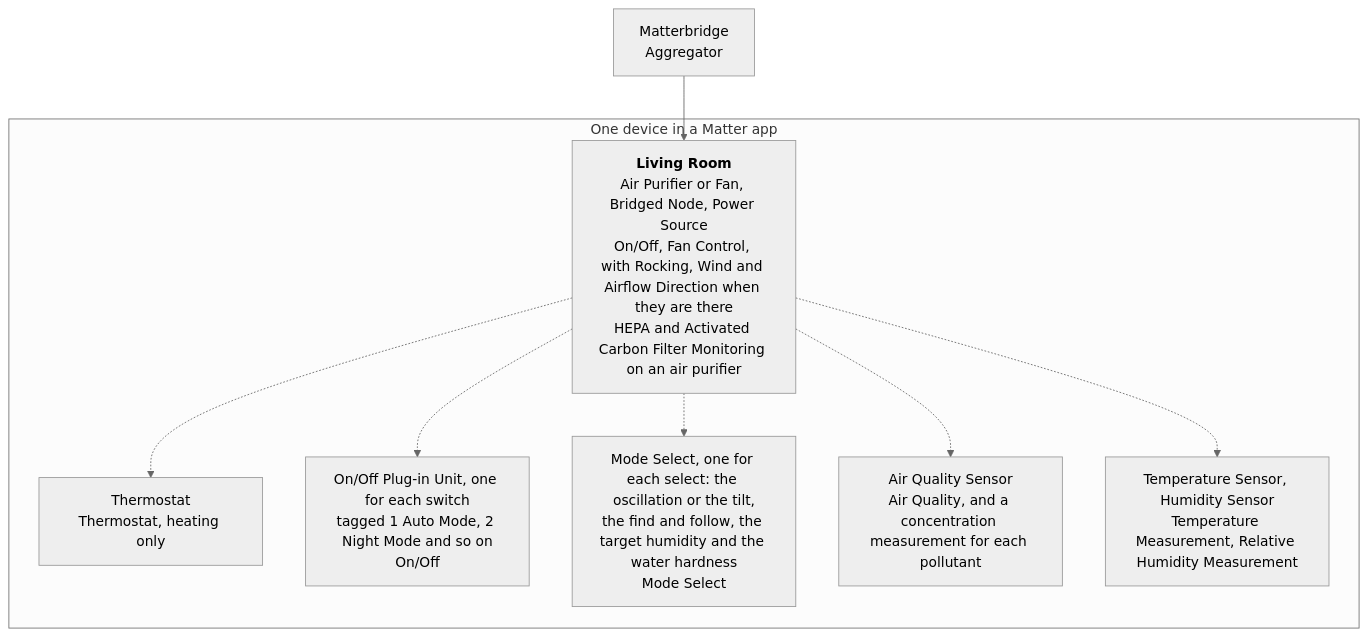
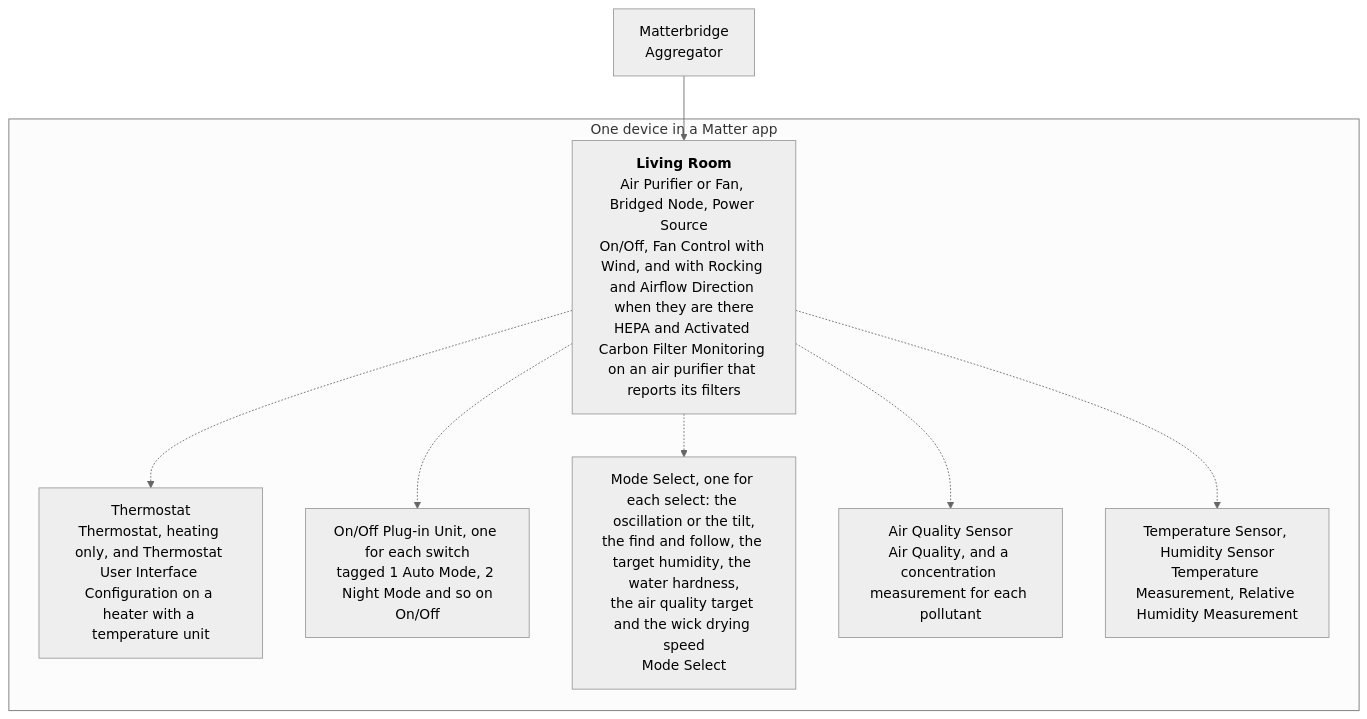
The diagram in README.md (cheziyi/matterbridge-dyson-care), drawn with Mermaid (neutral theme) before and after one commit. The commit also changed other lines of this file and 30 other files, not shown here.

````diff
--- a/README.md
+++ b/README.md
@@ -81,18 +121,18 @@
 ```mermaid
 flowchart TD
     bridge["Matterbridge<br/>Aggregator"]
     subgraph device["One device in a Matter app"]
-        main["<b>Living Room</b><br/>Air Purifier or Fan, Bridged Node, Power Source<br/>On/Off, Fan Control, with Rocking, Wind and Airflow Direction when they are there<br/>HEPA and Activated Carbon Filter Monitoring on an air purifier"]
-        thermostat["Thermostat<br/>Thermostat, heating only"]
+        main["<b>Living Room</b><br/>Air Purifier or Fan, Bridged Node, Power Source<br/>On/Off, Fan Control with Wind, and with Rocking and Airflow Direction when they are there<br/>HEPA and Activated Carbon Filter Monitoring on an air purifier that reports its filters"]
+        thermostat["Thermostat<br/>Thermostat, heating only, and Thermostat User Interface Configuration on a heater with a temperature unit"]
         switches["On/Off Plug-in Unit, one for each switch<br/>tagged 1 Auto Mode, 2 Night Mode and so on<br/>On/Off"]
-        selects["Mode Select, one for each select: the oscillation or the tilt,<br/>the find and follow, the target humidity and the water hardness<br/>Mode Select"]
+        selects["Mode Select, one for each select: the oscillation or the tilt,<br/>the find and follow, the target humidity, the water hardness,<br/>the air quality target and the wick drying speed<br/>Mode Select"]
         air["Air Quality Sensor<br/>Air Quality, and a concentration measurement for each pollutant"]
         sensors["Temperature Sensor, Humidity Sensor<br/>Temperature Measurement, Relative Humidity Measurement"]
     end
     bridge --> main
     main -.-> thermostat
     main -.-> switches
     main -.-> selects
     main -.-> air
     main -.-> sensors
 ```
````
